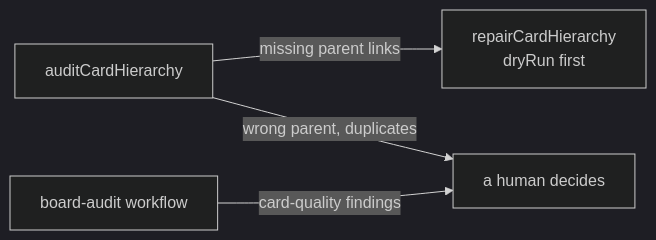
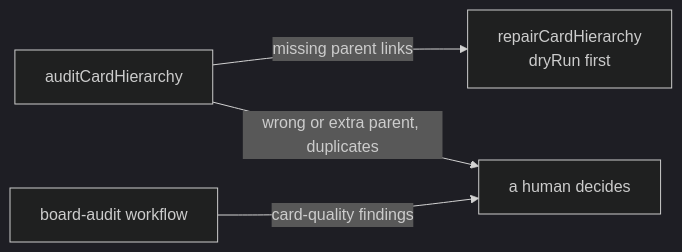
One commit to VukasinTheProgrammer/savkes-trello-mcp changed the seventh of 7 diagrams in docs/WORKFLOW.md. Above: the diagram before and after it, drawn with Mermaid (dark theme). The commit also changed 3 other files, not shown here.

First line of the commit message:
Report cards linked to an extra parent in the hierarchy audit

````diff
--- a/docs/WORKFLOW.md
+++ b/docs/WORKFLOW.md
@@ -277,6 +277,6 @@
 ```mermaid
 flowchart LR
     A[auditCardHierarchy] -->|missing parent links| R[repairCardHierarchy<br/>dryRun first]
-    A -->|wrong parent, duplicates| H[a human decides]
+    A -->|wrong or extra parent, duplicates| H[a human decides]
     W[board-audit workflow] -->|card-quality findings| H
 ```
````
